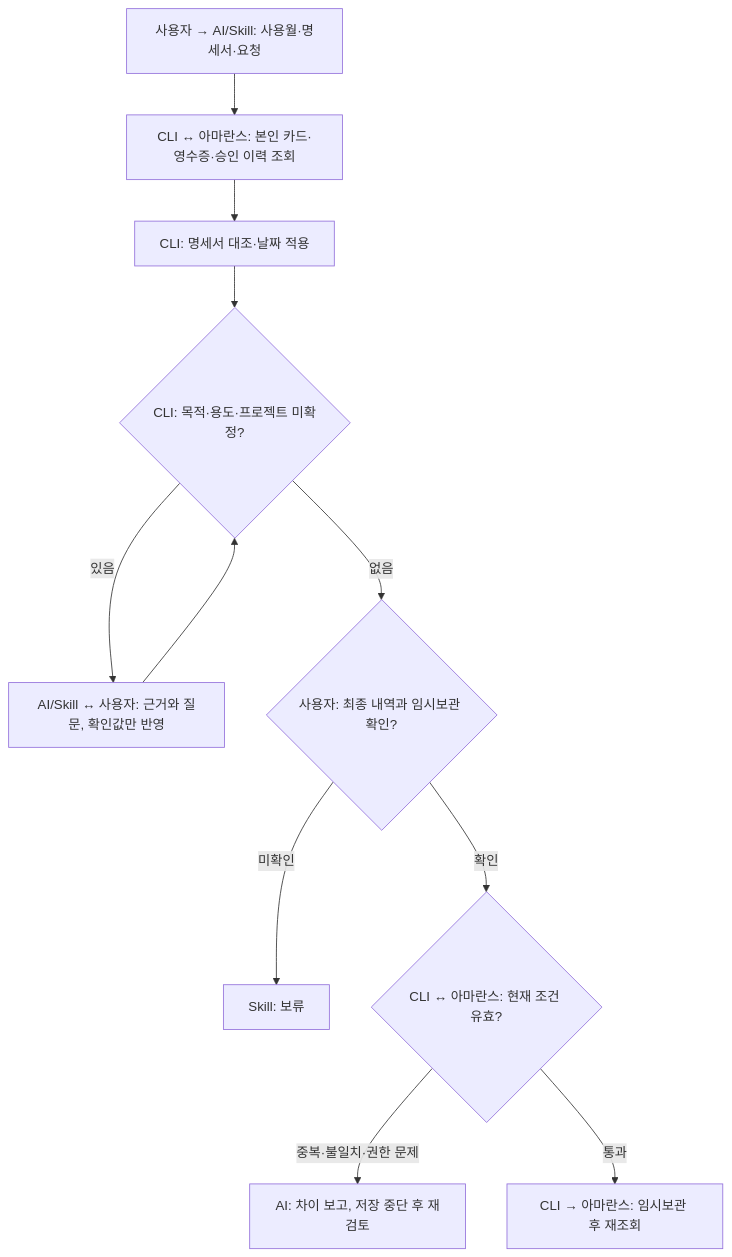
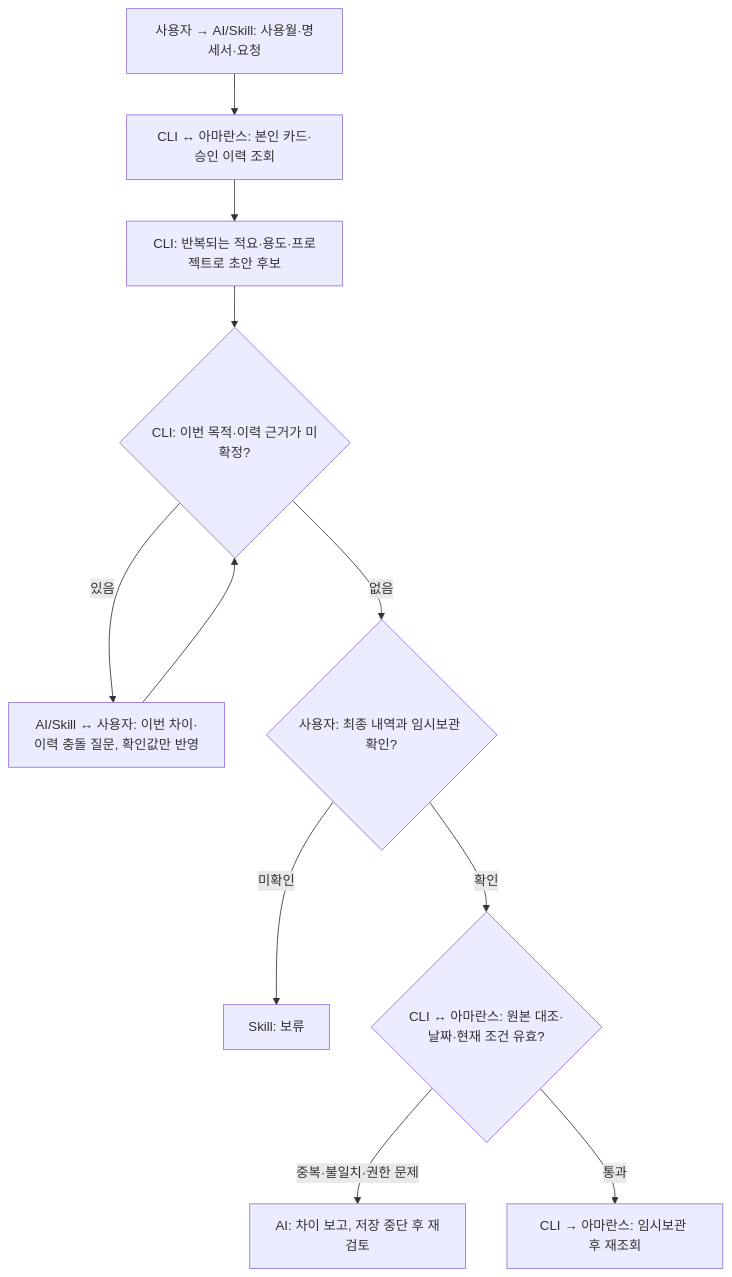
Before and after one commit to merryAI-dev/merryAI-dev.github.io: the diagram in assets/images/diagrams/jichool/01-expense-flow.mmd, drawn with Mermaid. The commit also changed 3 other files, not shown here.

```diff
--- a/assets/images/diagrams/jichool/01-expense-flow.mmd
+++ b/assets/images/diagrams/jichool/01-expense-flow.mmd
@@ -1,11 +1,11 @@
 flowchart TD
- A["사용자 → AI/Skill: 사용월·명세서·요청"] --> B["CLI ↔ 아마란스: 본인 카드·영수증·승인 이력 조회"]
- B --> C["CLI: 명세서 대조·날짜 적용"]
- C --> D{"CLI: 목적·용도·프로젝트 미확정?"}
- D -->|있음| E["AI/Skill ↔ 사용자: 근거와 질문, 확인값만 반영"]
+ A["사용자 → AI/Skill: 사용월·명세서·요청"] --> B["CLI ↔ 아마란스: 본인 카드·승인 이력 조회"]
+ B --> C["CLI: 반복되는 적요·용도·프로젝트로 초안 후보"]
+ C --> D{"CLI: 이번 목적·이력 근거가 미확정?"}
+ D -->|있음| E["AI/Skill ↔ 사용자: 이번 차이·이력 충돌 질문, 확인값만 반영"]
  E --> D
  D -->|없음| F{"사용자: 최종 내역과 임시보관 확인?"}
  F -->|미확인| W["Skill: 보류"]
- F -->|확인| G{"CLI ↔ 아마란스: 현재 조건 유효?"}
+ F -->|확인| G{"CLI ↔ 아마란스: 원본 대조·날짜·현재 조건 유효?"}
  G -->|중복·불일치·권한 문제| X["AI: 차이 보고, 저장 중단 후 재검토"]
  G -->|통과| H["CLI → 아마란스: 임시보관 후 재조회"]
```
